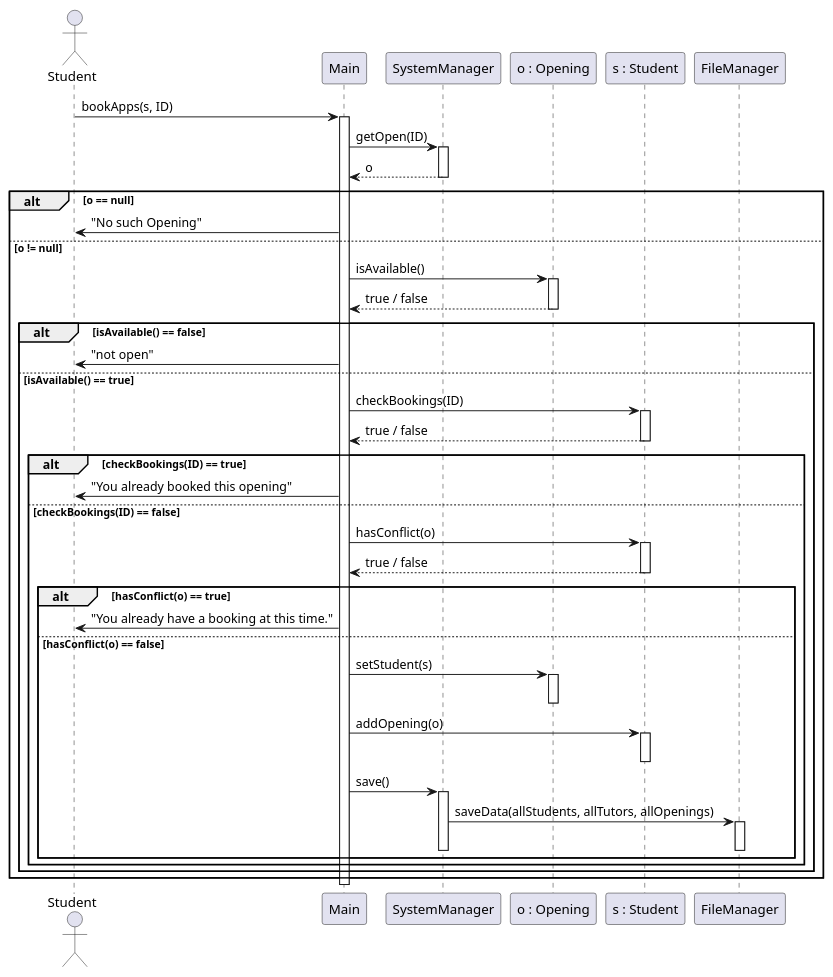
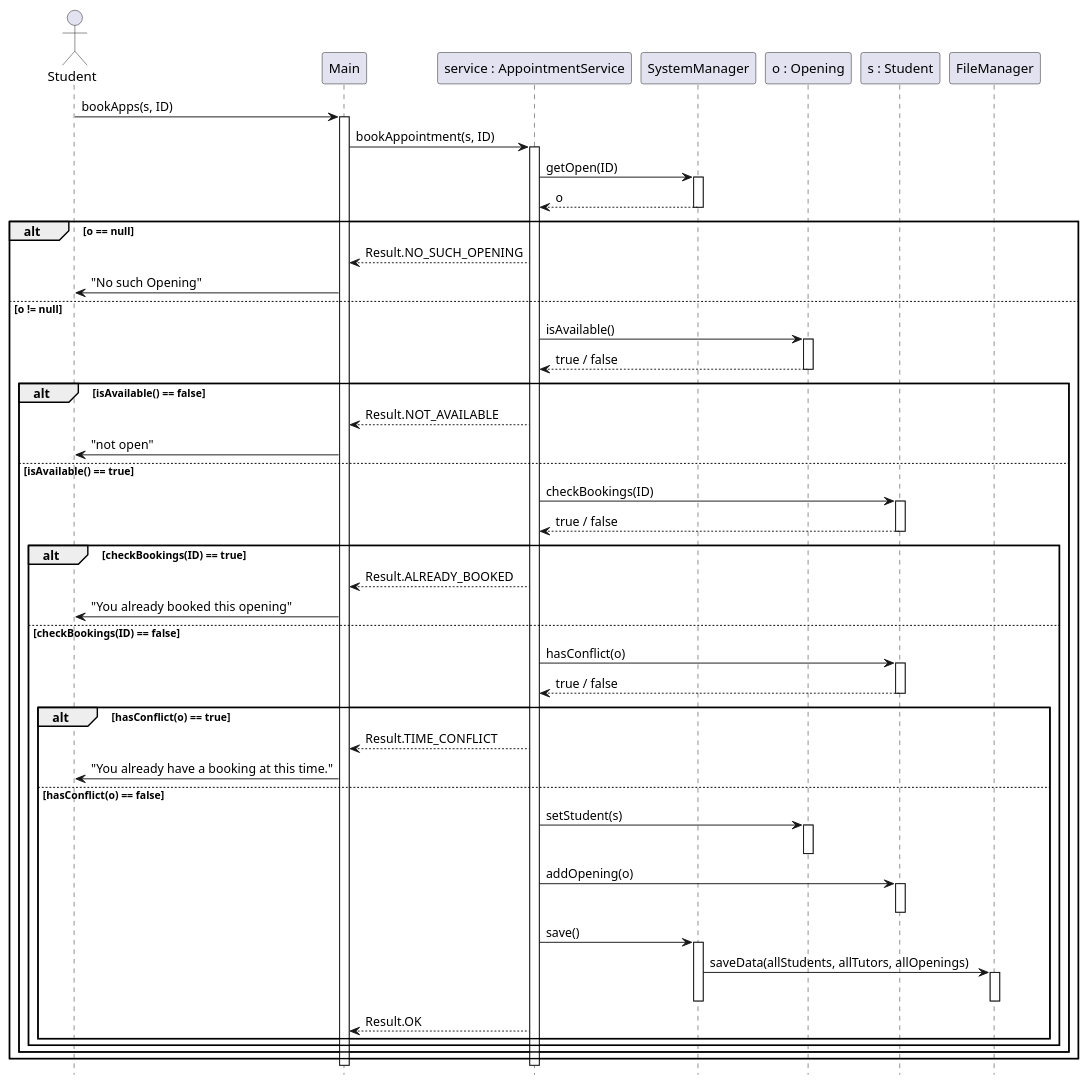
One commit to localhost433/OOPFinalProject changed the diagram in docs/diagrams/book-appointment-sequence.puml. Above: the diagram before and after it, drawn with PlantUML. The commit also changed 13 other files, not shown here.

```diff
--- a/docs/diagrams/book-appointment-sequence.puml
+++ b/docs/diagrams/book-appointment-sequence.puml
@@ -1,72 +1,85 @@
 @startuml book-appointment-sequence
 ' Sequence diagram — Student books an opening (Main.bookApps)
+
+hide footbox
 
 actor Student as student
 
 participant "Main" as main
+participant "service : AppointmentService" as service
 participant "SystemManager" as sys
 participant "o : Opening" as open
 participant "s : Student" as sObj
 participant "FileManager" as file
 
 student -> main : bookApps(s, ID)
 activate main
 
-main -> sys : getOpen(ID)
+main -> service : bookAppointment(s, ID)
+activate service
+
+service -> sys : getOpen(ID)
 activate sys
-sys --> main : o
+sys --> service : o
 deactivate sys
 
 alt o == null
+    service --> main : Result.NO_SUCH_OPENING
     main -> student : "No such Opening"
 else o != null
 
-    main -> open : isAvailable()
+    service -> open : isAvailable()
     activate open
-    open --> main : true / false
+    open --> service : true / false
     deactivate open
 
     alt isAvailable() == false
+        service --> main : Result.NOT_AVAILABLE
         main -> student : "not open"
     else isAvailable() == true
 
-        main -> sObj : checkBookings(ID)
+        service -> sObj : checkBookings(ID)
         activate sObj
-        sObj --> main : true / false
+        sObj --> service : true / false
         deactivate sObj
 
         alt checkBookings(ID) == true
+            service --> main : Result.ALREADY_BOOKED
             main -> student : "You already booked this opening"
         else checkBookings(ID) == false
 
-            main -> sObj : hasConflict(o)
+            service -> sObj : hasConflict(o)
             activate sObj
-            sObj --> main : true / false
+            sObj --> service : true / false
             deactivate sObj
 
             alt hasConflict(o) == true
+                service --> main : Result.TIME_CONFLICT
                 main -> student : "You already have a booking at this time."
             else hasConflict(o) == false
 
-                main -> open : setStudent(s)
+                service -> open : setStudent(s)
                 activate open
                 deactivate open
 
-                main -> sObj : addOpening(o)
+                service -> sObj : addOpening(o)
                 activate sObj
                 deactivate sObj
 
-                main -> sys : save()
+                service -> sys : save()
                 activate sys
                 sys -> file : saveData(allStudents, allTutors, allOpenings)
                 activate file
                 deactivate file
                 deactivate sys
+
+                service --> main : Result.OK
             end
         end
     end
 end
 
+deactivate service
 deactivate main
 
 @enduml
```
